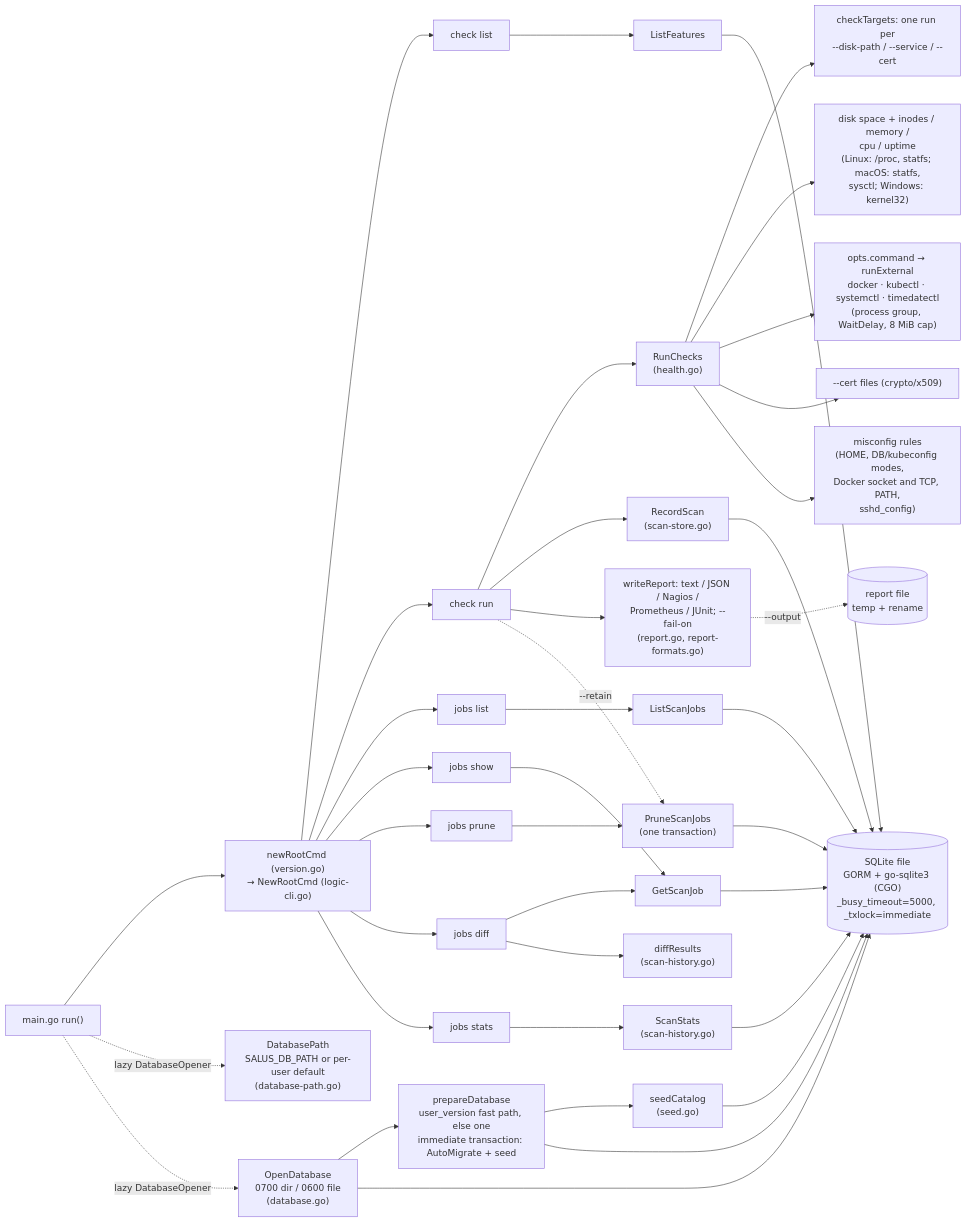
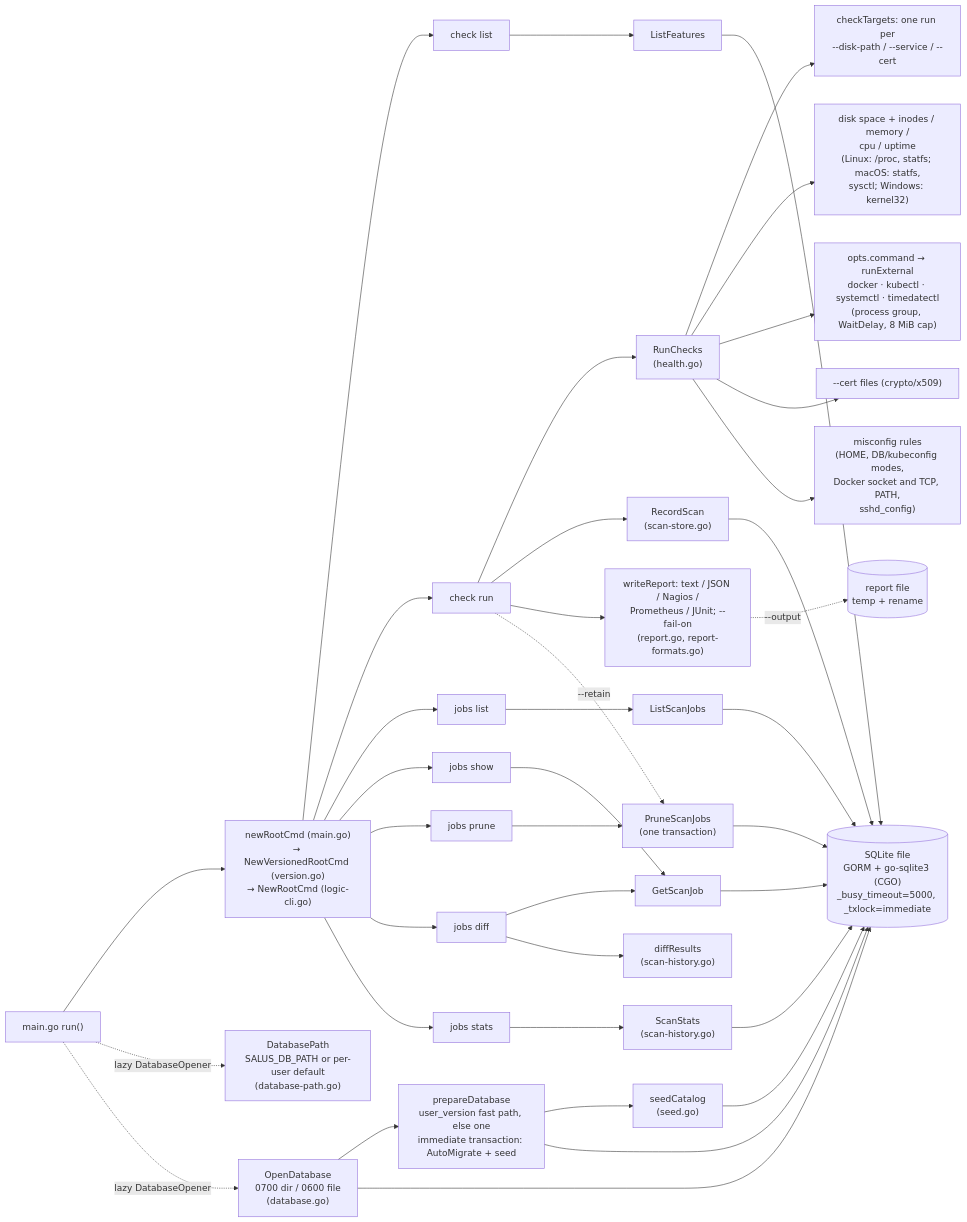
The first of 3 diagrams in intel/map.md (jabbott-iii/Salus), drawn with Mermaid before and after one commit. The commit also changed other lines of this file and 63 other files, not shown here.

````diff
--- a/intel/map.md
+++ b/intel/map.md
@@ -123,45 +125,45 @@
 ```mermaid
 flowchart LR
-    main["main.go run()"] --> Root["newRootCmd (version.go)<br/>→ NewRootCmd (logic-cli.go)"]
+    main["main.go run()"] --> Root["newRootCmd (main.go)<br/>→ NewVersionedRootCmd (version.go)<br/>→ NewRootCmd (logic-cli.go)"]
     main -. "lazy DatabaseOpener" .-> dbpath["DatabasePath<br/>SALUS_DB_PATH or per-user default<br/>(database-path.go)"]
     main -. "lazy DatabaseOpener" .-> Open["OpenDatabase<br/>0700 dir / 0600 file<br/>(database.go)"]
     Open --> Prepare["prepareDatabase<br/>user_version fast path, else one<br/>immediate transaction: AutoMigrate + seed"]
     Prepare --> Seed["seedCatalog<br/>(seed.go)"]
 
     Root --> CheckList["check list"]
     Root --> CheckRun["check run"]
     Root --> JobsList["jobs list"]
     Root --> JobsShow["jobs show"]
     Root --> JobsPrune["jobs prune"]
     Root --> JobsDiff["jobs diff"]
     Root --> JobsStats["jobs stats"]
 
     CheckRun --> RunChecks["RunChecks<br/>(health.go)"]
     CheckRun --> RecordScan["RecordScan<br/>(scan-store.go)"]
     CheckRun --> Report["writeReport: text / JSON / Nagios /<br/>Prometheus / JUnit; --fail-on<br/>(report.go, report-formats.go)"]
     Report -. "--output" .-> OutFile[("report file<br/>temp + rename")]
     CheckRun -. "--retain" .-> PruneScanJobs
     CheckList --> ListFeatures
     JobsList --> ListScanJobs
     JobsShow --> GetScanJob
     JobsPrune --> PruneScanJobs["PruneScanJobs<br/>(one transaction)"]
     JobsDiff --> GetScanJob
     JobsDiff --> Diff["diffResults<br/>(scan-history.go)"]
     JobsStats --> ScanStats["ScanStats<br/>(scan-history.go)"]
 
     RunChecks --> Targets["checkTargets: one run per<br/>--disk-path / --service / --cert"]
     RunChecks --> Resources["disk space + inodes / memory /<br/>cpu / uptime<br/>(Linux: /proc, statfs; macOS: statfs,<br/>sysctl; Windows: kernel32)"]
     RunChecks --> Exec["opts.command → runExternal<br/>docker · kubectl · systemctl · timedatectl<br/>(process group, WaitDelay, 8 MiB cap)"]
     RunChecks --> Files["--cert files (crypto/x509)"]
     RunChecks --> Misconfig["misconfig rules<br/>(HOME, DB/kubeconfig modes,<br/>Docker socket and TCP, PATH,<br/>sshd_config)"]
 
     Open --> SQLite[("SQLite file<br/>GORM + go-sqlite3 (CGO)<br/>_busy_timeout=5000, _txlock=immediate")]
     Prepare --> SQLite
     Seed --> SQLite
     RecordScan --> SQLite
     ListFeatures --> SQLite
     ListScanJobs --> SQLite
     GetScanJob --> SQLite
     PruneScanJobs --> SQLite
     ScanStats --> SQLite
 ```
````
